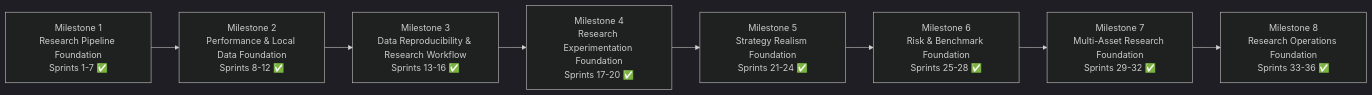
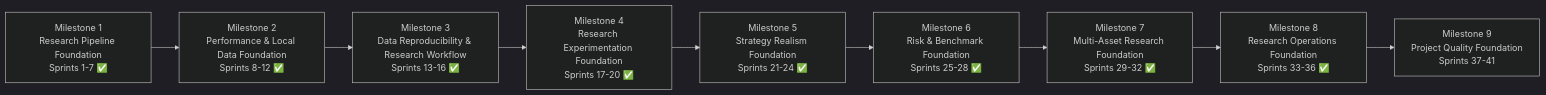
Before and after one commit to yanxinnnnnn/El-Psy-Quant: the diagram in docs/roadmap.md, drawn with Mermaid (dark theme). The commit also changed other lines of this file, not shown here.

Commit message:
Plan Milestone 9 quality foundation

````diff
--- a/docs/roadmap.md
+++ b/docs/roadmap.md
@@ -15,10 +15,11 @@
 ```mermaid
 flowchart LR
     M1["Milestone 1<br/>Research Pipeline Foundation<br/>Sprints 1-7 ✅"] --> M2["Milestone 2<br/>Performance & Local Data Foundation<br/>Sprints 8-12 ✅"]
     M2 --> M3["Milestone 3<br/>Data Reproducibility & Research Workflow<br/>Sprints 13-16 ✅"]
     M3 --> M4["Milestone 4<br/>Research Experimentation Foundation<br/>Sprints 17-20 ✅"]
     M4 --> M5["Milestone 5<br/>Strategy Realism Foundation<br/>Sprints 21-24 ✅"]
     M5 --> M6["Milestone 6<br/>Risk & Benchmark Foundation<br/>Sprints 25-28 ✅"]
     M6 --> M7["Milestone 7<br/>Multi-Asset Research Foundation<br/>Sprints 29-32 ✅"]
     M7 --> M8["Milestone 8<br/>Research Operations Foundation<br/>Sprints 33-36 ✅"]
+    M8 --> M9["Milestone 9<br/>Project Quality Foundation<br/>Sprints 37-41"]
 ```
````
